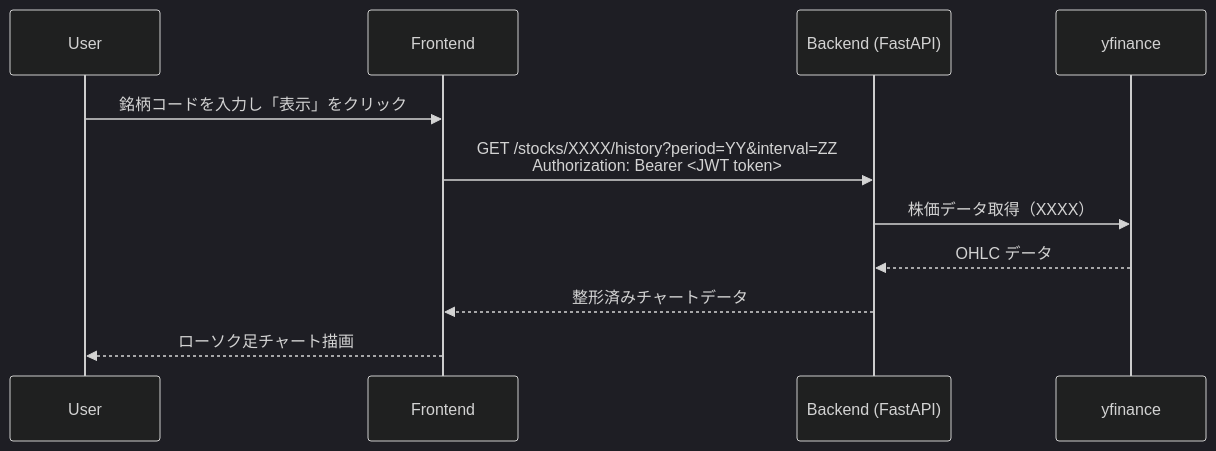
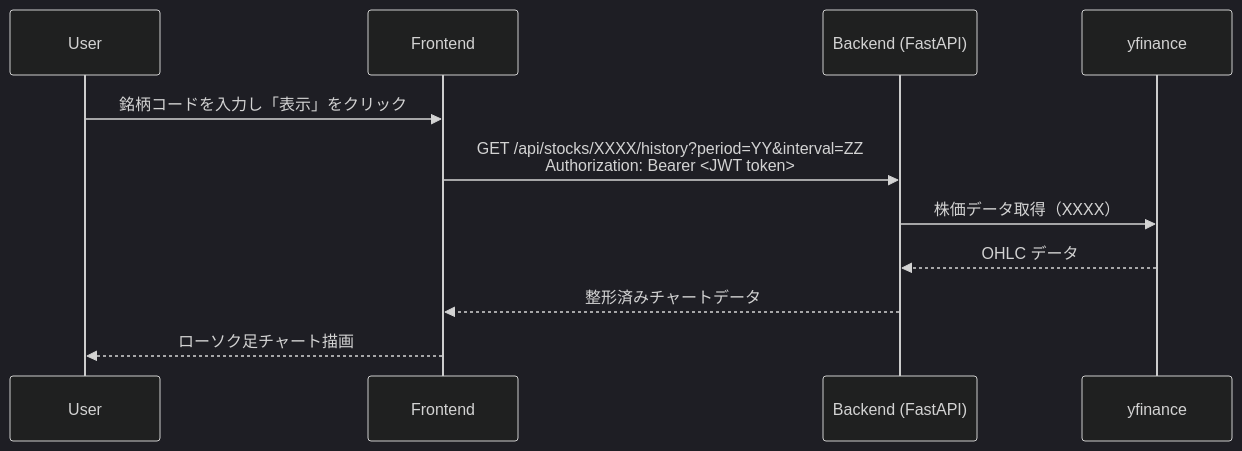
Before and after one commit to koki-ymd/stock-viewer: the third of 6 diagrams in docs/architecture.md, drawn with Mermaid (dark theme). The commit also changed other lines of this file, not shown here.

Commit message:
docs: add api prefix and minor fixes in architecture.md

````diff
--- a/docs/architecture.md
+++ b/docs/architecture.md
@@ -330,14 +333,14 @@
 ```mermaid
 sequenceDiagram
   participant U as User
   participant FE as Frontend
   participant BE as Backend (FastAPI)
   participant YF as yfinance
 
   U->>FE: 銘柄コードを入力し「表示」をクリック
-  FE->>BE: GET /stocks/XXXX/history?period=YY&interval=ZZ <br/> Authorization: Bearer <JWT token>
+  FE->>BE: GET /api/stocks/XXXX/history?period=YY&interval=ZZ <br/> Authorization: Bearer <JWT token>
   BE->>YF: 株価データ取得（XXXX）
   YF-->>BE: OHLC データ
   BE-->>FE: 整形済みチャートデータ
   FE-->>U: ローソク足チャート描画
 ```
````
